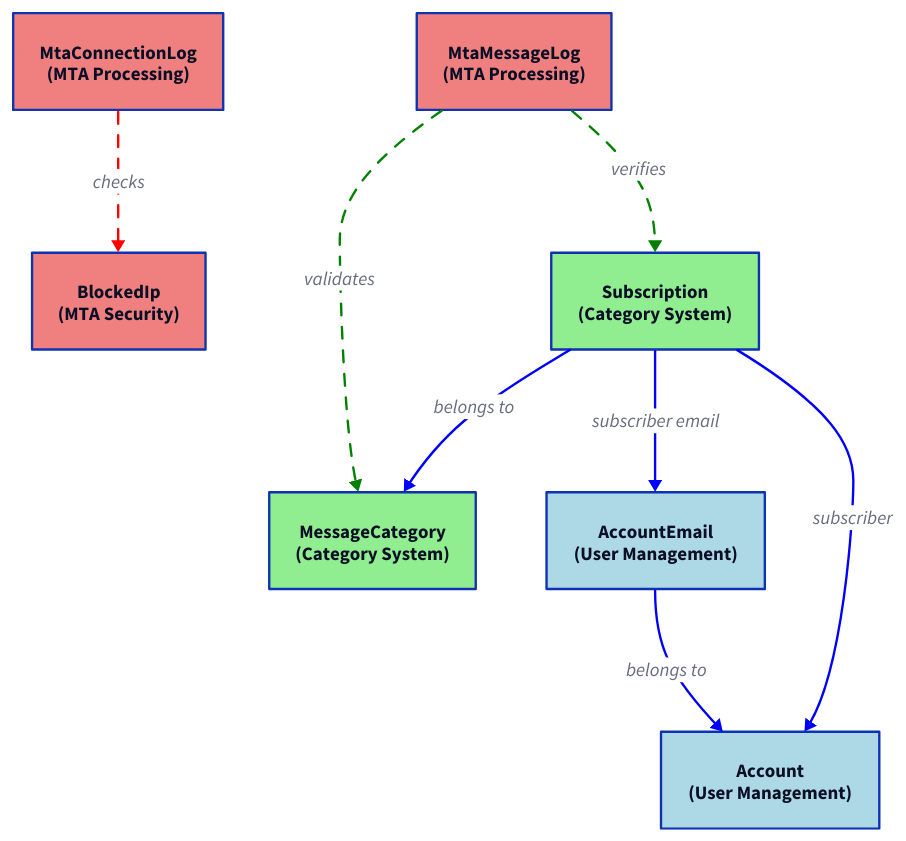
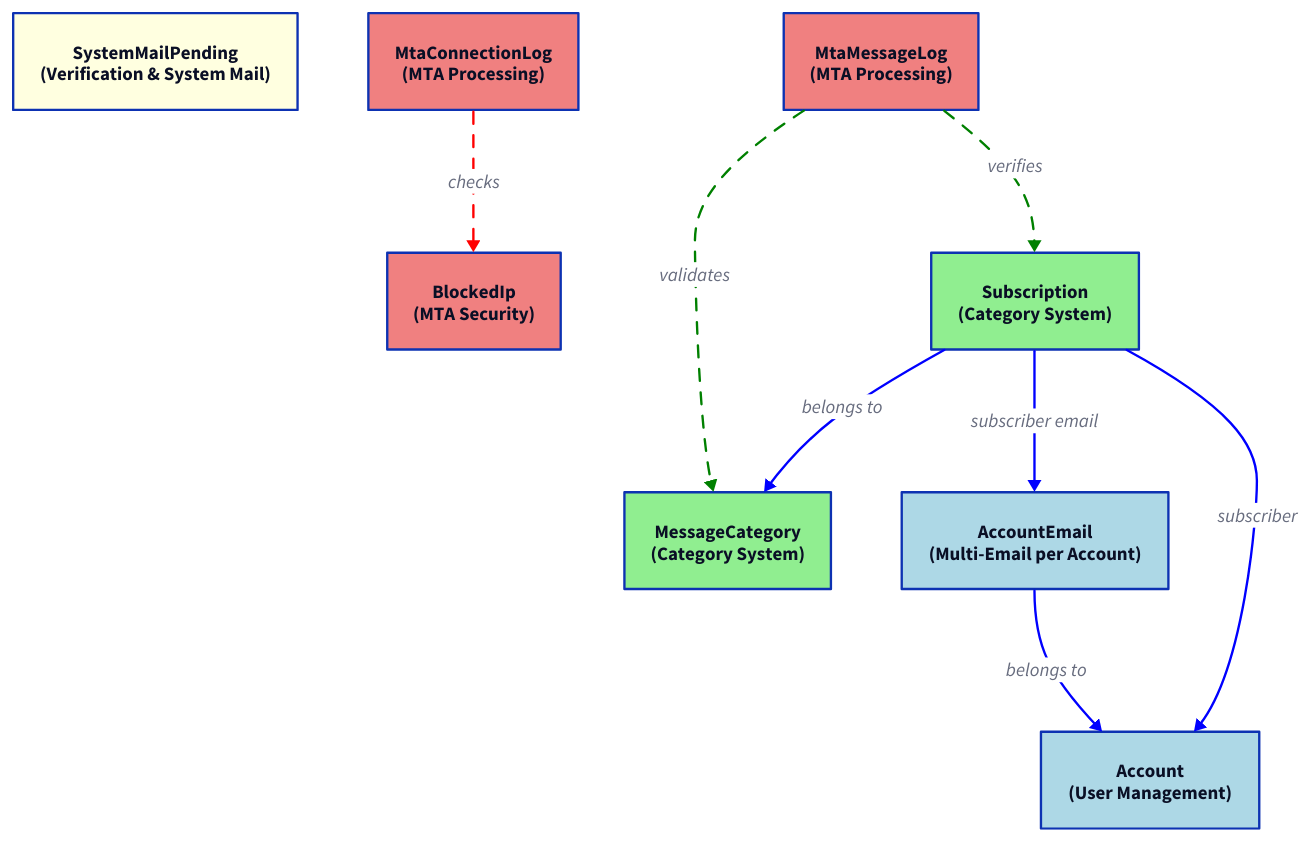
One commit to enaut/kommunikationszentrum changed the diagram in docs/src/appendices/database-schema-er-simplified.d2. Above: the diagram before and after it, drawn with D2. The commit also changed 20 other files, not shown here.

First line of the commit message:
The documentation and D2 diagrams across the Kommunikationszentrum repository have been comprehensively updated to reflect the architectural enhancements introduced in the last three commits (`fd0b473`, `7e1d919`, and `e8ae9a0`).

```diff
--- a/docs/src/appendices/database-schema-er-simplified.d2
+++ b/docs/src/appendices/database-schema-er-simplified.d2
@@ -1,49 +1,52 @@
 direction: down
 
 account: "Account\n(User Management)" {
   style.fill: lightblue
 }
-account_emails: "AccountEmail\n(User Management)" {
+account_emails: "AccountEmail\n(Multi-Email per Account)" {
   style.fill: lightblue
+}
+system_mail_pending: "SystemMailPending\n(Verification & System Mail)" {
+  style.fill: lightyellow
 }
 mta_connection_log: "MtaConnectionLog\n(MTA Processing)" {
   style.fill: lightcoral
 }
 mta_message_log: "MtaMessageLog\n(MTA Processing)" {
   style.fill: lightcoral
 }
 blocked_ips: "BlockedIp\n(MTA Security)" {
   style.fill: lightcoral
 }
 message_categories: "MessageCategory\n(Category System)" {
   style.fill: lightgreen
 }
 subscriptions: "Subscription\n(Category System)" {
   style.fill: lightgreen
 }
 
 account_emails -> account: "belongs to" {
   style.stroke: blue
 }
 subscriptions -> message_categories: "belongs to" {
   style.stroke: blue
 }
 subscriptions -> account_emails: "subscriber email" {
   style.stroke: blue
 }
 subscriptions -> account: "subscriber" {
   style.stroke: blue
 }
 
 mta_connection_log -> blocked_ips: "checks" {
   style.stroke: red
   style.stroke-dash: 5
 }
 mta_message_log -> message_categories: "validates" {
   style.stroke: green
   style.stroke-dash: 5
 }
 mta_message_log -> subscriptions: "verifies" {
   style.stroke: green
   style.stroke-dash: 5
 }
```
